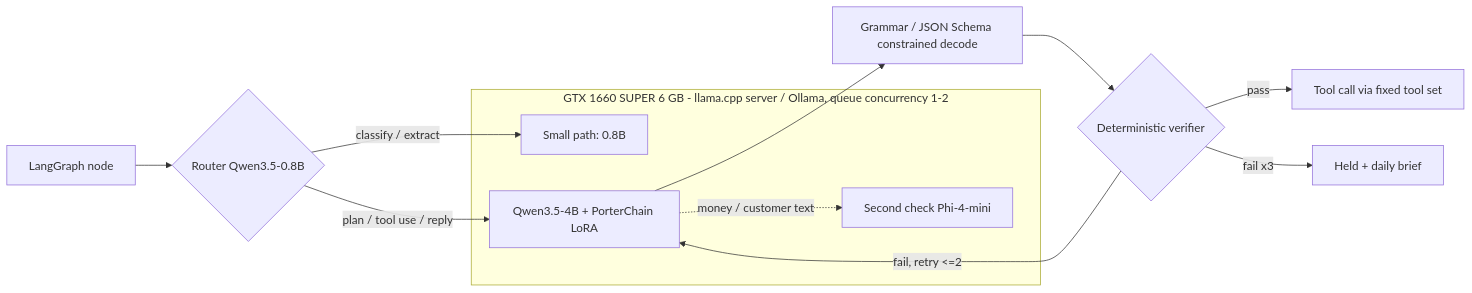
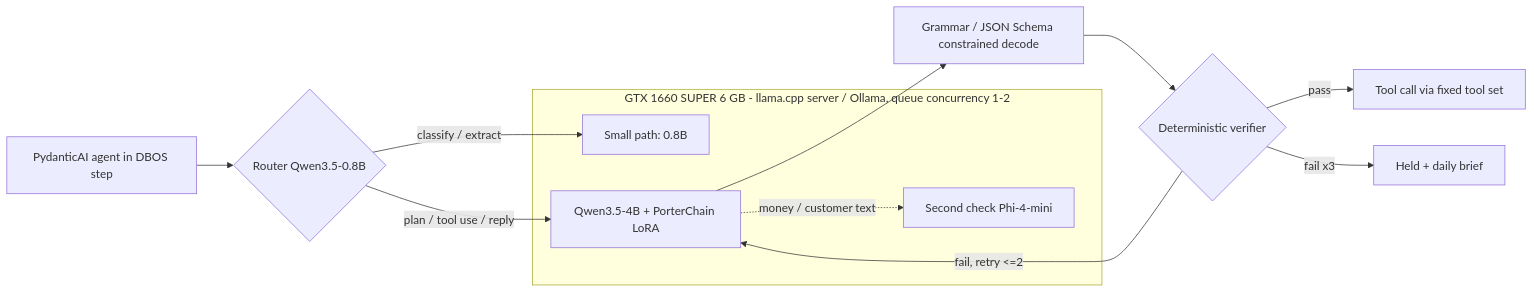
Before and after one commit to PORTERCHAIN-INC/PCD: the first of 4 diagrams in docs/architecture/27_inhouse_llm.md, drawn with Mermaid. The commit also changed other lines of this file and 32 other files, not shown here.

Commit message:
docs(architecture): 31-39, 48-55 plan docs; 29 all items decided; PydanticAI-in-DBOS everywhere; Ravi decisions recorded

````diff
--- a/docs/architecture/27_inhouse_llm.md
+++ b/docs/architecture/27_inhouse_llm.md
@@ -45,17 +45,17 @@
 ```mermaid
 flowchart LR
-  A[LangGraph node] --> R{Router Qwen3.5-0.8B}
+  A[PydanticAI agent in DBOS step] --> R{Router Qwen3.5-0.8B}
   R -->|classify / extract| S[Small path: 0.8B]
   R -->|plan / tool use / reply| M[Qwen3.5-4B + PorterChain LoRA]
   M --> G[Grammar / JSON Schema constrained decode]
   G --> V{Deterministic verifier}
   V -->|pass| T[Tool call via fixed tool set]
   V -->|fail, retry <=2| M
   V -->|fail x3| H[Held + daily brief]
   M -.money / customer text.-> C[Second check Phi-4-mini]
   subgraph GPU[GTX 1660 SUPER 6 GB - llama.cpp server / Ollama, queue concurrency 1-2]
     S
     M
     C
   end
 ```
````
